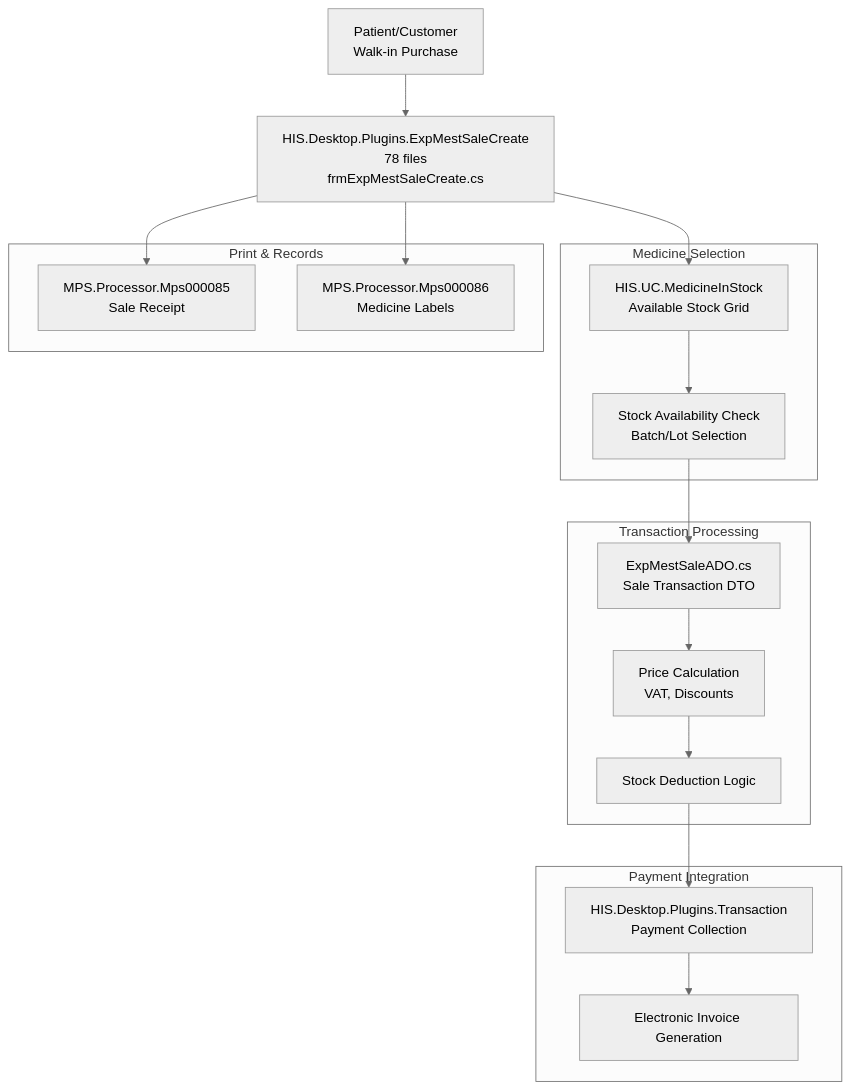
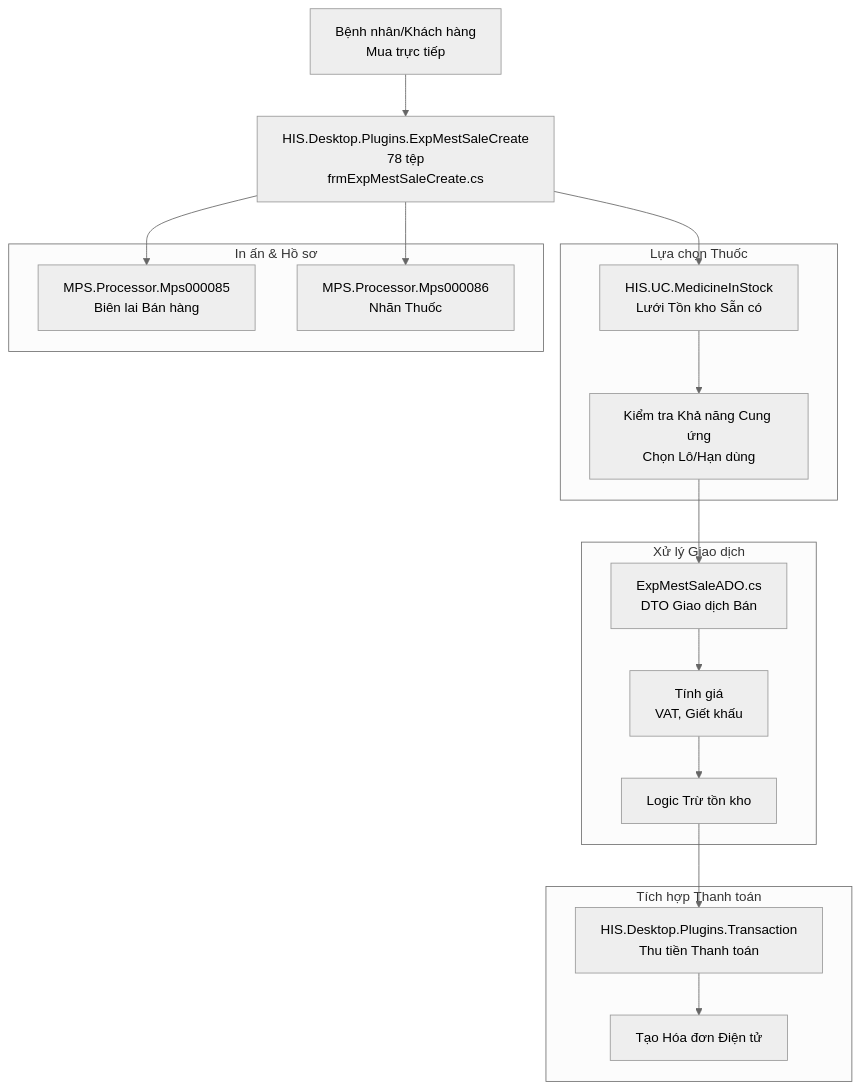
The fourth of 8 diagrams in docs/his-ba-documentation/03-business-domains/pharmacy/medicine-material.md (thangpnb/HIS), drawn with Mermaid (neutral theme) before and after one commit. The commit also changed other lines of this file and 30 other files, not shown here.

Commit message:
Refactor architecture docs and update translations

````diff
--- a/docs/his-ba-documentation/03-business-domains/pharmacy/medicine-material.md
+++ b/docs/his-ba-documentation/03-business-domains/pharmacy/medicine-material.md
@@ -174,38 +174,38 @@
 ```mermaid
 graph TB
-    Patient["Patient/Customer<br/>Walk-in Purchase"]
+    Patient["Bệnh nhân/Khách hàng<br/>Mua trực tiếp"]
     
-    SalePlugin["HIS.Desktop.Plugins.ExpMestSaleCreate<br/>78 files<br/>frmExpMestSaleCreate.cs"]
+    SalePlugin["HIS.Desktop.Plugins.ExpMestSaleCreate<br/>78 tệp<br/>frmExpMestSaleCreate.cs"]
     
-    subgraph "Medicine Selection"
-        UCMed["HIS.UC.MedicineInStock<br/>Available Stock Grid"]
-        StockCheck["Stock Availability Check<br/>Batch/Lot Selection"]
+    subgraph "Lựa chọn Thuốc"
+        UCMed["HIS.UC.MedicineInStock<br/>Lưới Tồn kho Sẵn có"]
+        StockCheck["Kiểm tra Khả năng Cung ứng<br/>Chọn Lô/Hạn dùng"]
     end
     
-    subgraph "Transaction Processing"
-        ExpADO["ExpMestSaleADO.cs<br/>Sale Transaction DTO"]
-        PriceCalc["Price Calculation<br/>VAT, Discounts"]
-        StockDeduct["Stock Deduction Logic"]
+    subgraph "Xử lý Giao dịch"
+        ExpADO["ExpMestSaleADO.cs<br/>DTO Giao dịch Bán"]
+        PriceCalc["Tính giá<br/>VAT, Giết khấu"]
+        StockDeduct["Logic Trừ tồn kho"]
     end
     
-    subgraph "Payment Integration"
-        Transaction["HIS.Desktop.Plugins.Transaction<br/>Payment Collection"]
-        Invoice["Electronic Invoice Generation"]
+    subgraph "Tích hợp Thanh toán"
+        Transaction["HIS.Desktop.Plugins.Transaction<br/>Thu tiền Thanh toán"]
+        Invoice["Tạo Hóa đơn Điện tử"]
     end
     
-    subgraph "Print & Records"
-        MPSBill["MPS.Processor.Mps000085<br/>Sale Receipt"]
-        MPSLabel["MPS.Processor.Mps000086<br/>Medicine Labels"]
+    subgraph "In ấn & Hồ sơ"
+        MPSBill["MPS.Processor.Mps000085<br/>Biên lai Bán hàng"]
+        MPSLabel["MPS.Processor.Mps000086<br/>Nhãn Thuốc"]
     end
     
     Patient --> SalePlugin
     SalePlugin --> UCMed
     UCMed --> StockCheck
     StockCheck --> ExpADO
     ExpADO --> PriceCalc
     PriceCalc --> StockDeduct
     StockDeduct --> Transaction
     Transaction --> Invoice
     SalePlugin --> MPSBill
     SalePlugin --> MPSLabel
 ```
````
